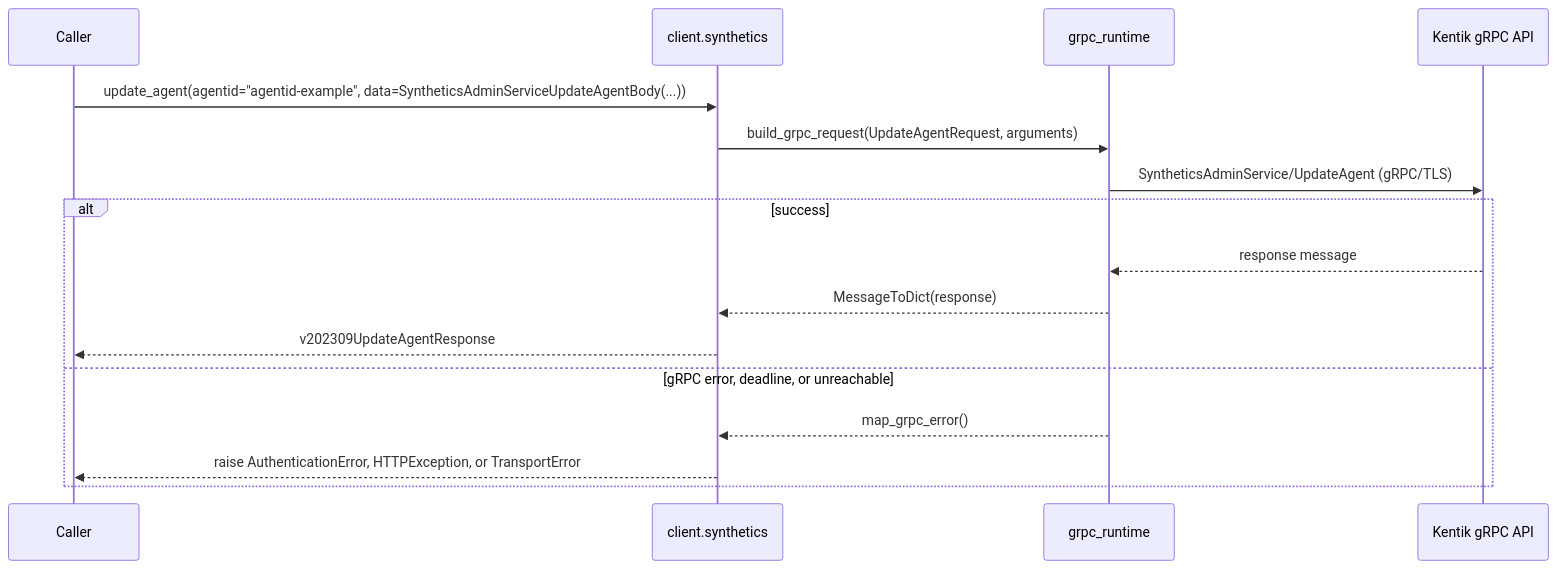
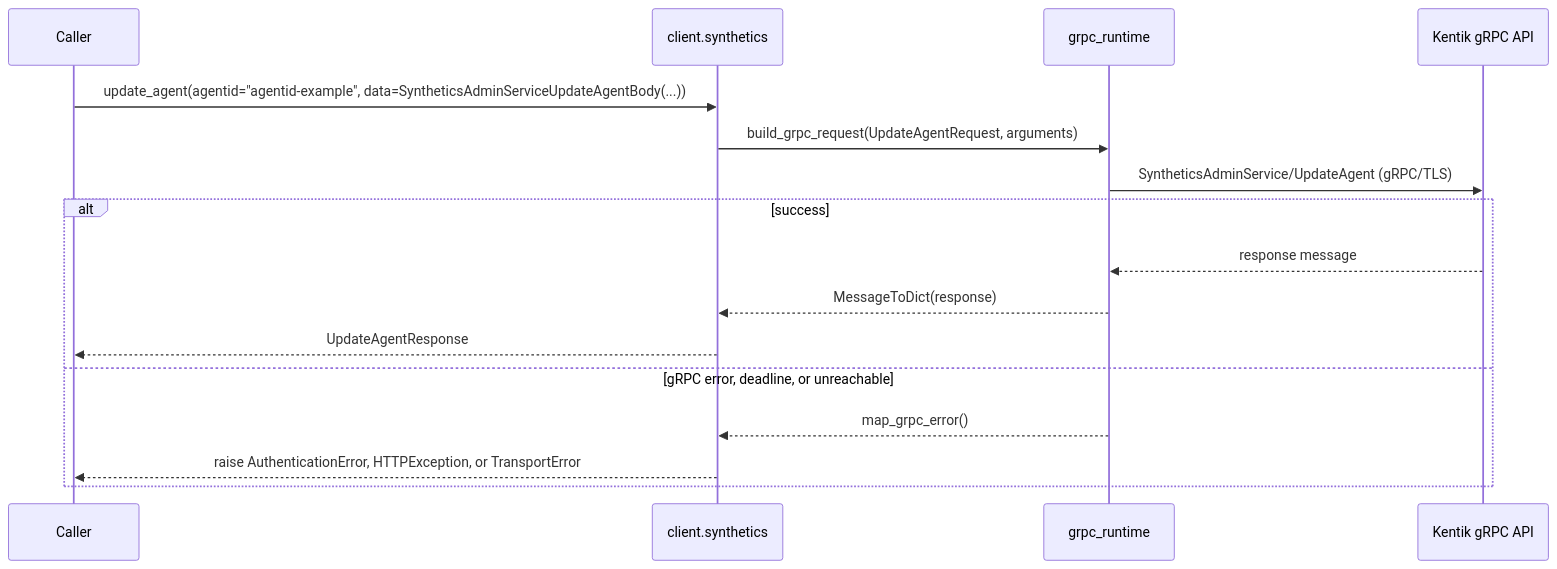
Before and after one commit to alexdearaujo/community_sdk_python: diagram 17 of 38 in docs/sphinx/services/synthetics.md, drawn with Mermaid. The commit also changed other lines of this file and 38 other files, not shown here.

````diff
--- a/docs/sphinx/services/synthetics.md
+++ b/docs/sphinx/services/synthetics.md
@@ -585,19 +585,19 @@
 ```mermaid
 sequenceDiagram
     participant C as Caller
     participant W as client.synthetics
     participant R as grpc_runtime
     participant API as Kentik gRPC API
 
     C->>W: update_agent(agentid="agentid-example", data=SyntheticsAdminServiceUpdateAgentBody(...))
     W->>R: build_grpc_request(UpdateAgentRequest, arguments)
     R->>API: SyntheticsAdminService/UpdateAgent (gRPC/TLS)
     alt success
         API-->>R: response message
         R-->>W: MessageToDict(response)
-        W-->>C: v202309UpdateAgentResponse
+        W-->>C: UpdateAgentResponse
     else gRPC error, deadline, or unreachable
         R-->>W: map_grpc_error()
         W-->>C: raise AuthenticationError, HTTPException, or TransportError
     end
 ```
````
